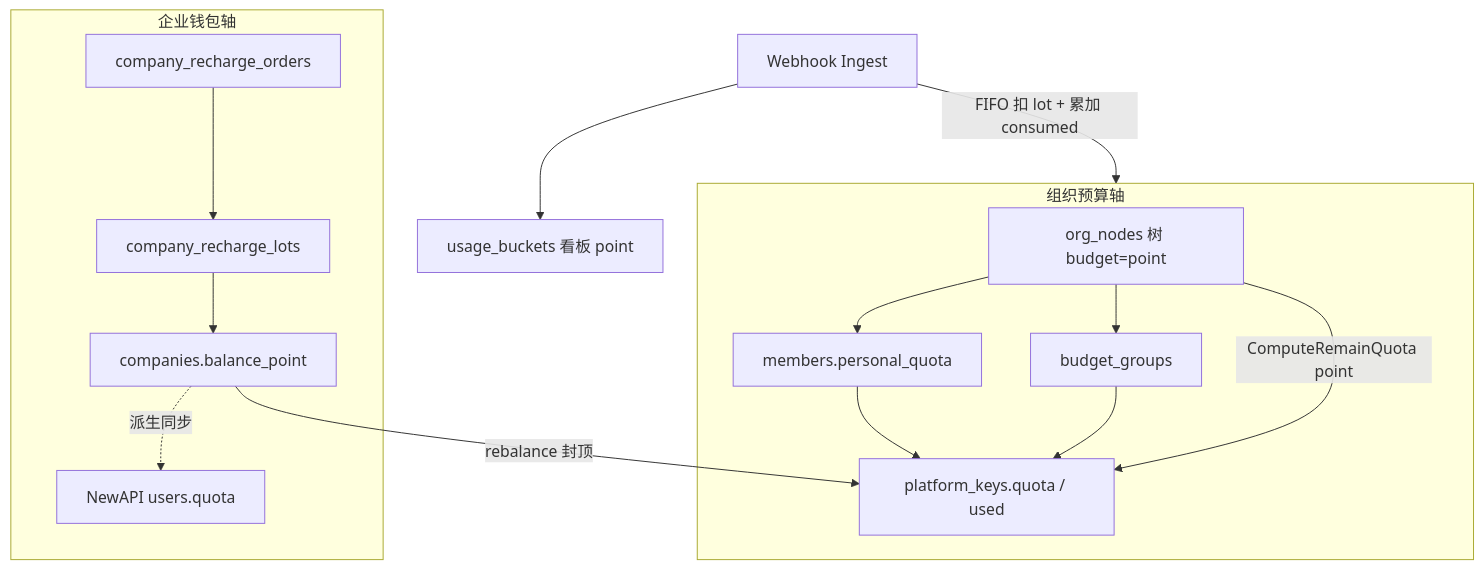
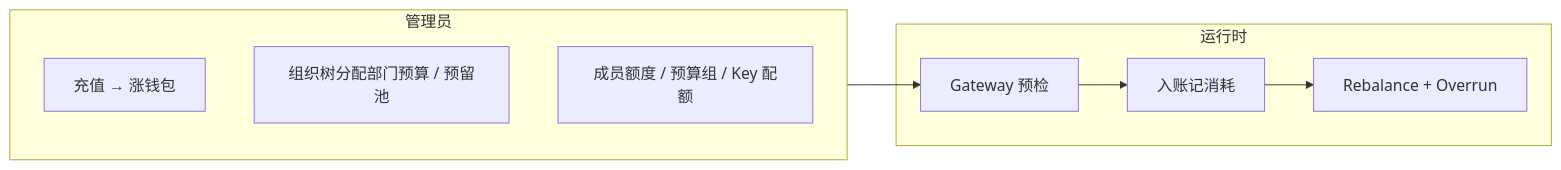
One commit to quyip8818/mytokenjoy changed the first of 9 diagrams in docs/Backend-预算.md. Above: the diagram before and after it, drawn with Mermaid. The commit also changed other lines of this file and 40 other files, not shown here.

````diff
--- a/docs/Backend-预算.md
+++ b/docs/Backend-预算.md
@@ -18,20 +29,16 @@
 ```mermaid
-flowchart TB
-  subgraph wallet [企业钱包轴]
-    RCH[company_recharge_orders] --> LOT[company_recharge_lots]
-    LOT --> BAL[companies.balance_point]
-    BAL -.->|派生同步| NA_W[NewAPI users.quota]
+flowchart LR
+  subgraph admin [管理员]
+    A1[充值 → 涨钱包]
+    A2[组织树分配部门预算 / 预留池]
+    A3[成员额度 / 预算组 / Key 配额]
   end
 
-  subgraph org [组织预算轴]
-    BT[org_nodes 树 budget=point] --> MEM[members.personal_quota]
-    BT --> BG[budget_groups]
-    MEM --> PK[platform_keys.quota / used]
-    BG --> PK
+  subgraph runtime [运行时]
+    R1[Gateway 预检]
+    R2[入账记消耗]
+    R3[Rebalance + Overrun]
   end
 
-  BAL -->|rebalance 封顶| PK
-  BT -->|ComputeRemainQuota point| PK
-  ING[Webhook Ingest] -->|FIFO 扣 lot + 累加 consumed| org
-  ING --> UB[usage_buckets 看板 point]
+  admin --> R1 --> R2 --> R3
 ```
````
